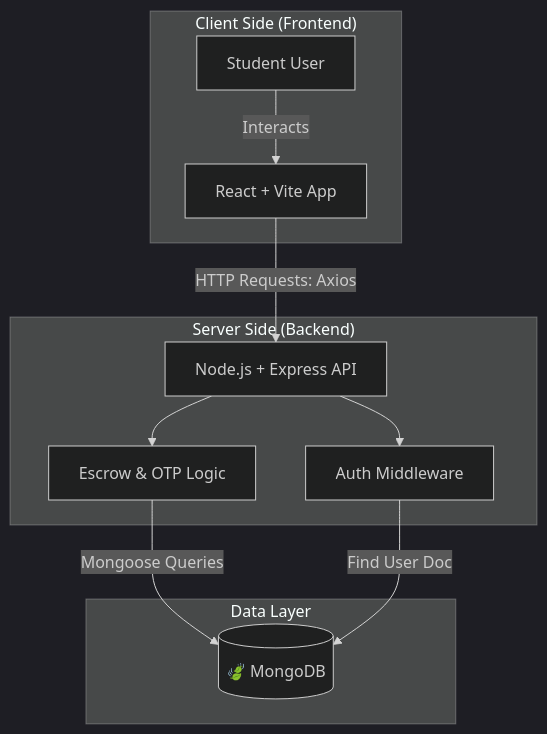
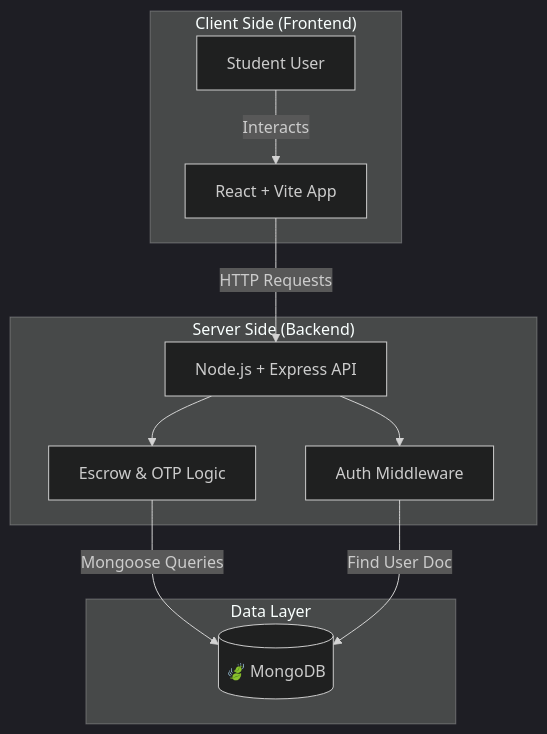
One commit to arupdhara/arup-demo changed the fourth of 4 diagrams in TECHNICAL_ARCHITECTURE.md. Above: the diagram before and after it, drawn with Mermaid (dark theme).

````diff
--- a/TECHNICAL_ARCHITECTURE.md
+++ b/TECHNICAL_ARCHITECTURE.md
@@ -111,25 +111,25 @@
 ```mermaid
 graph TD
     subgraph "Client Side (Frontend)"
         User[Student User]
         UI[React + Vite App]
         User -->|Interacts| UI
     end
 
     subgraph "Server Side (Backend)"
         API[Node.js + Express API]
         Auth[Auth Middleware]
         Logic[Escrow & OTP Logic]
         
-        UI -->|HTTP Requests: Axios| API
+        UI -->|HTTP Requests| API
         API --> Auth
         API --> Logic
     end
 
     subgraph "Data Layer"
         DB[(🍃 MongoDB)]
         
         Logic -->|Mongoose Queries| DB
         Auth -->|Find User Doc| DB
     end
 ```
````
